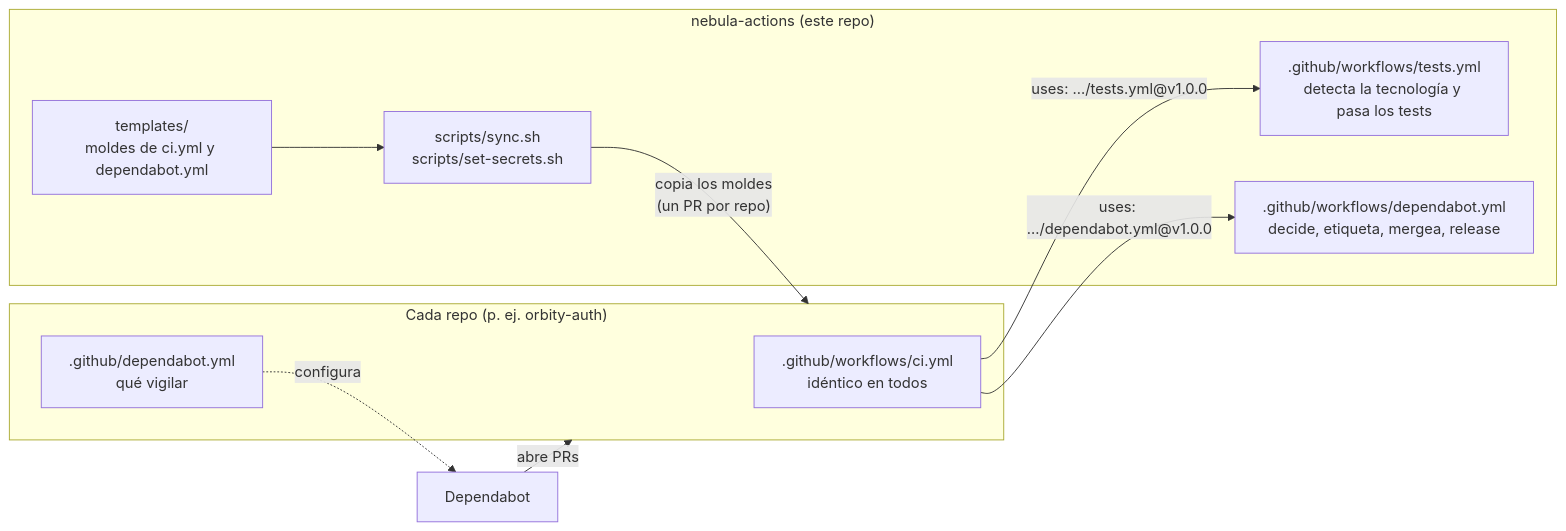
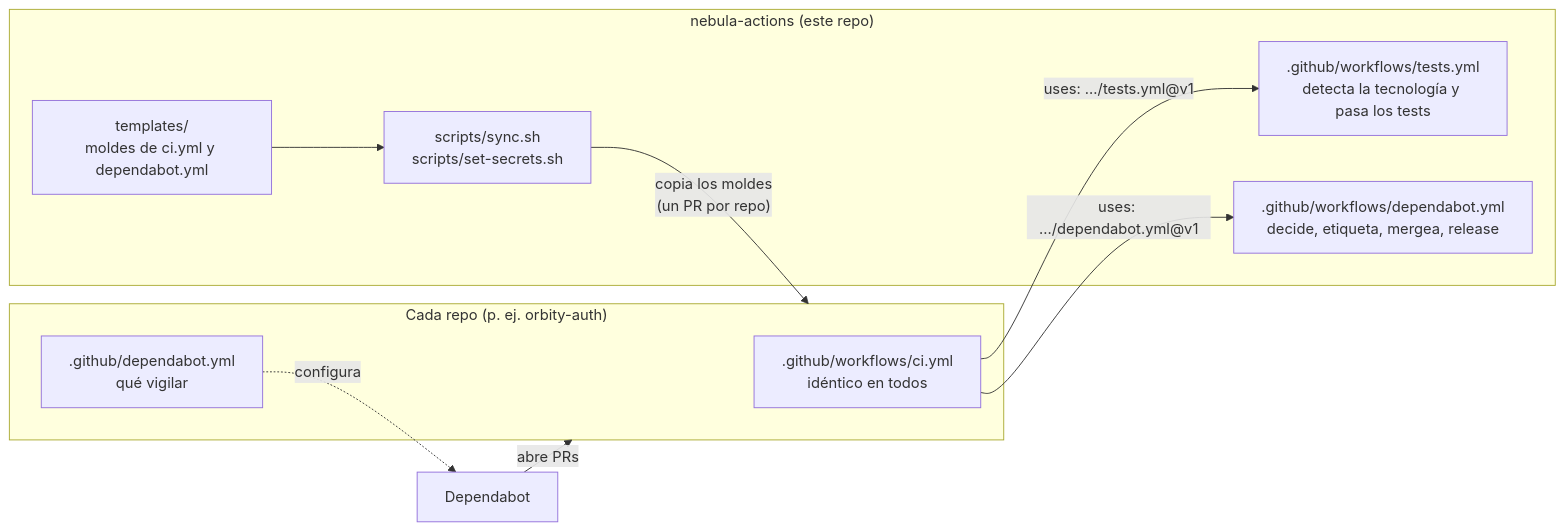
The first of 4 diagrams in docs/GUIA.md (Nebula-Syst/nebula-actions), drawn with Mermaid before and after one commit. The commit also changed other lines of this file and 4 other files, not shown here.

````diff
--- a/docs/GUIA.md
+++ b/docs/GUIA.md
@@ -28,19 +28,19 @@
 ```mermaid
 flowchart LR
     subgraph REPO["Cada repo (p. ej. orbity-auth)"]
         CI[".github/workflows/ci.yml<br/>idéntico en todos"]
         DEP[".github/dependabot.yml<br/>qué vigilar"]
     end
     subgraph NA["nebula-actions (este repo)"]
         T[".github/workflows/tests.yml<br/>detecta la tecnología y pasa los tests"]
         D[".github/workflows/dependabot.yml<br/>decide, etiqueta, mergea, release"]
         TPL["templates/<br/>moldes de ci.yml y dependabot.yml"]
         S["scripts/sync.sh<br/>scripts/set-secrets.sh"]
     end
     DEP -. configura .-> BOT["Dependabot"]
     BOT -- abre PRs --> REPO
-    CI -- "uses: …/tests.yml@v1.0.0" --> T
-    CI -- "uses: …/dependabot.yml@v1.0.0" --> D
+    CI -- "uses: …/tests.yml@v1" --> T
+    CI -- "uses: …/dependabot.yml@v1" --> D
     S -- "copia los moldes<br/>(un PR por repo)" --> REPO
     TPL --> S
 ```
````
